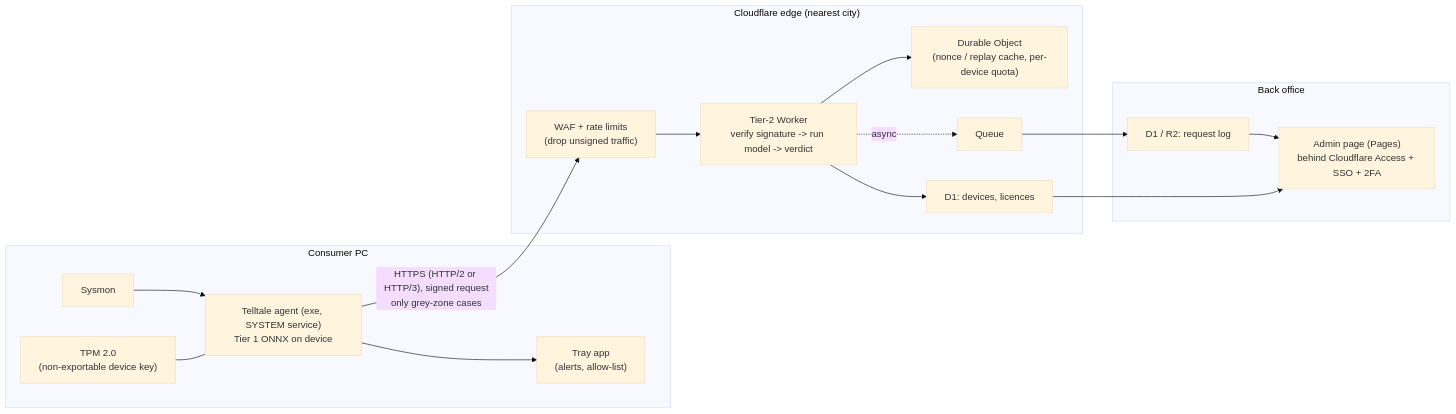
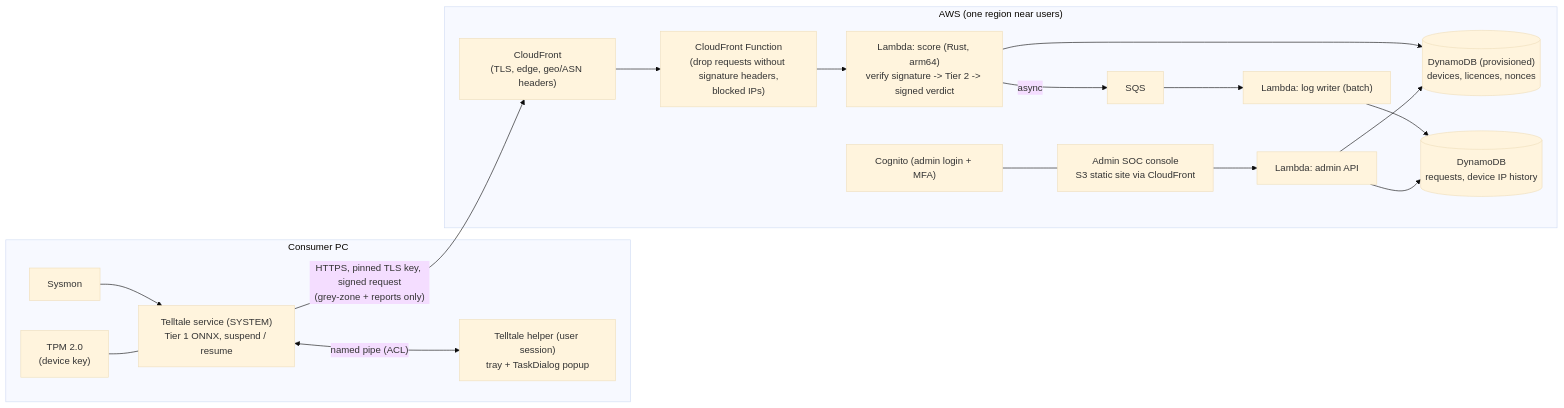
The first of 3 diagrams in docs/PROD_ARCHITECTURE.md (RKG765/Behavioral-Cyber-Resilient-Detection-Framework-for-Early-Detection-of-Ransomware-Attacks), drawn with Mermaid (base theme) before and after one commit. The commit also changed other lines of this file, not shown here.

First line of the commit message:
Plan rev 2: free AWS hosting, obfuscation, suspend-and-ask, SOC console

````diff
--- a/docs/PROD_ARCHITECTURE.md
+++ b/docs/PROD_ARCHITECTURE.md
@@ -33,23 +34,21 @@
 ```mermaid
 flowchart LR
     subgraph PC["Consumer PC"]
-        Sysmon["Sysmon"] --> Agent["Telltale agent (exe, SYSTEM service)\nTier 1 ONNX on device"]
-        TPM["TPM 2.0\n(non-exportable device key)"] --- Agent
-        Agent --> Tray["Tray app\n(alerts, allow-list)"]
+        Sysmon["Sysmon"] --> Svc["Telltale service (SYSTEM)\nTier 1 ONNX, suspend / resume"]
+        TPM["TPM 2.0\n(device key)"] --- Svc
+        Svc <-->|"named pipe (ACL)"| Helper["Telltale helper (user session)\ntray + TaskDialog popup"]
     end
 
-    subgraph Edge["Cloudflare edge (nearest city)"]
-        WAF["WAF + rate limits\n(drop unsigned traffic)"] --> Worker["Tier-2 Worker\nverify signature -> run model -> verdict"]
-        Worker --> Nonce["Durable Object\n(nonce / replay cache, per-device quota)"]
-        Worker --> Reg["D1: devices, licences"]
-        Worker -.->|async| Queue["Queue"]
+    subgraph AWS["AWS (one region near users)"]
+        CF["CloudFront\n(TLS, edge, geo/ASN headers)"] --> CFF["CloudFront Function\n(drop requests without signature headers,\nblocked IPs)"]
+        CFF --> Score["Lambda: score (Rust, arm64)\nverify signature -> Tier 2 -> signed verdict"]
+        Score --> DDB[("DynamoDB (provisioned)\ndevices, licences, nonces")]
+        Score -->|async| SQS["SQS"] --> Logger["Lambda: log writer (batch)"] --> Logs[("DynamoDB\nrequests, device IP history")]
+        Admin["Admin SOC console\nS3 static site via CloudFront"] --> AdminAPI["Lambda: admin API"]
+        Cognito["Cognito (admin login + MFA)"] --- Admin
+        AdminAPI --> DDB
+        AdminAPI --> Logs
     end
 
-    subgraph Back["Back office"]
-        Queue --> Logs["D1 / R2: request log"]
-        Logs --> Admin["Admin page (Pages)\nbehind Cloudflare Access + SSO + 2FA"]
-        Reg --> Admin
-    end
-
-    Agent -->|"HTTPS (HTTP/2 or HTTP/3), signed request\nonly grey-zone cases"| WAF
+    Svc -->|"HTTPS, pinned TLS key, signed request\n(grey-zone + reports only)"| CF
 ```
````
